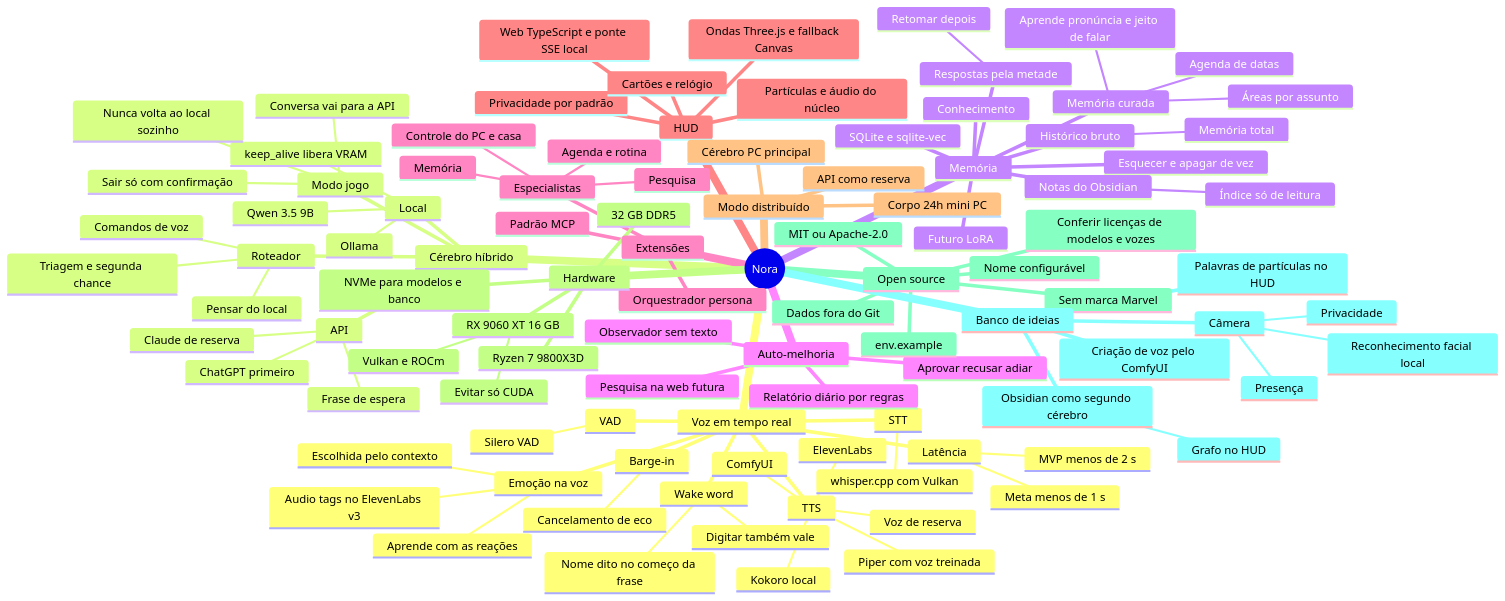
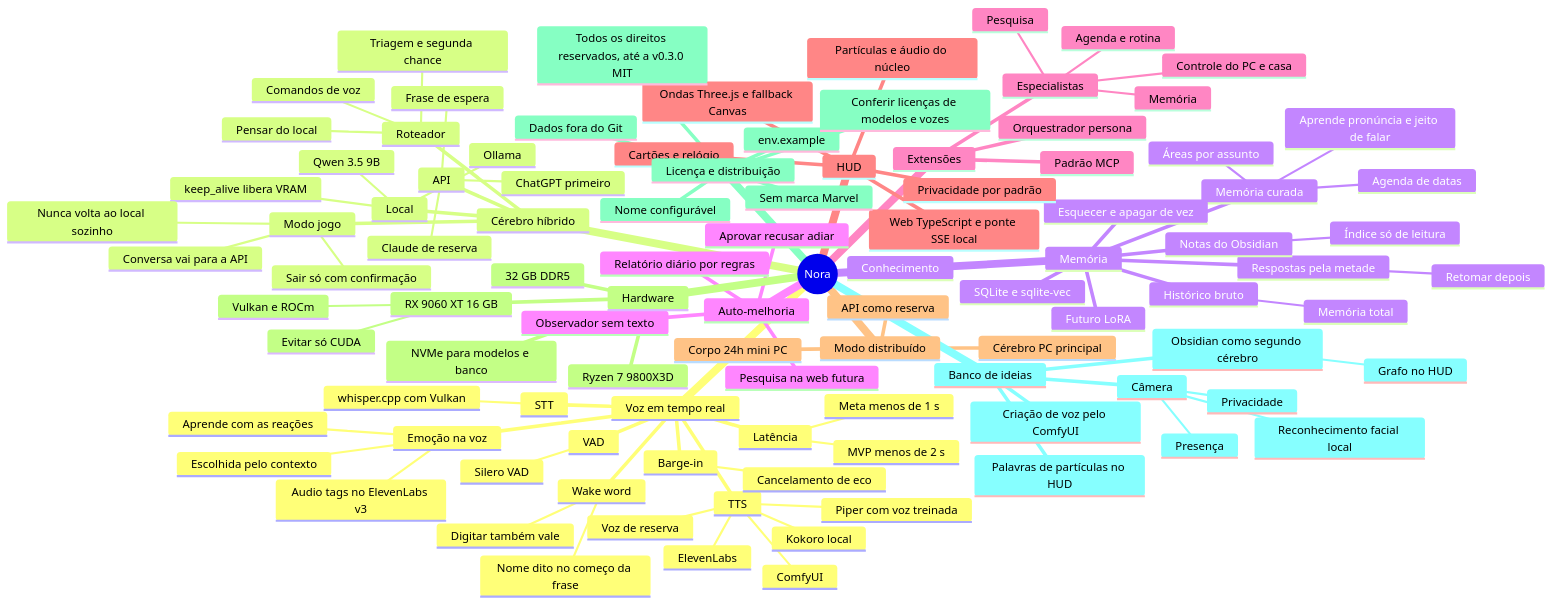
Before and after one commit to Gabitoprof/Nora: the first of 4 diagrams in docs/MAPA_MENTAL.md, drawn with Mermaid. The commit also changed 4 other files, not shown here.

```diff
--- a/docs/MAPA_MENTAL.md
+++ b/docs/MAPA_MENTAL.md
@@ -102,12 +102,12 @@
       Ryzen 7 9800X3D
       32 GB DDR5
       NVMe para modelos e banco
-    Open source
+    Licença e distribuição
       Dados fora do Git
       env.example
       Sem marca Marvel
       Nome configurável
-      MIT ou Apache-2.0
+      Todos os direitos reservados, até a v0.3.0 MIT
       Conferir licenças de modelos e vozes
     Banco de ideias
       Câmera
```
